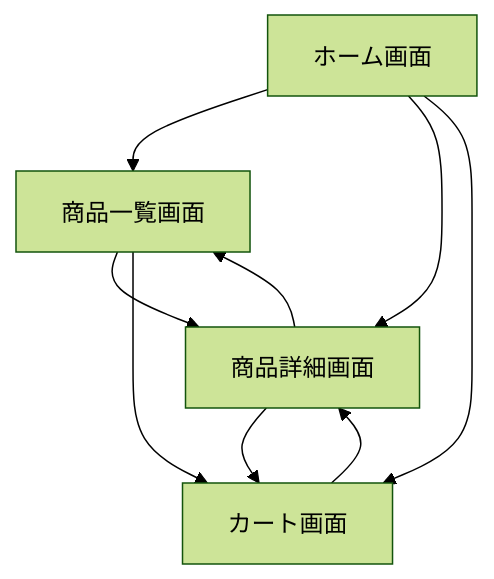
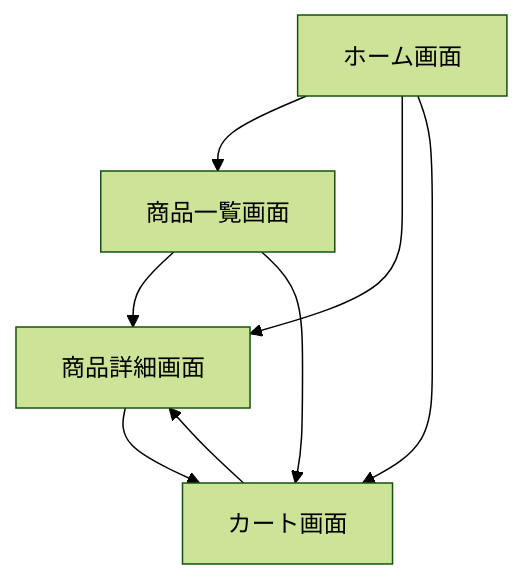
One commit to m-devin-poc/yugastore-java-kn changed the diagram in docs/screen-design/screen_list.md. Above: the diagram before and after it, drawn with Mermaid (forest theme). The commit also changed other lines of this file, not shown here.

Commit message:
fix: 画面遷移図を修正 - 商品詳細から商品一覧への直接遷移を削除し、共通ナビゲーションバーの説明を追加

````diff
--- a/docs/screen-design/screen_list.md
+++ b/docs/screen-design/screen_list.md
@@ -14,11 +14,10 @@
 ```mermaid
 graph TD
     A[ホーム画面] --> B[商品一覧画面]
     A --> C[商品詳細画面]
     B --> C
     C --> D[カート画面]
     A --> D
     B --> D
-    C --> B
     D --> C
 ```
````
